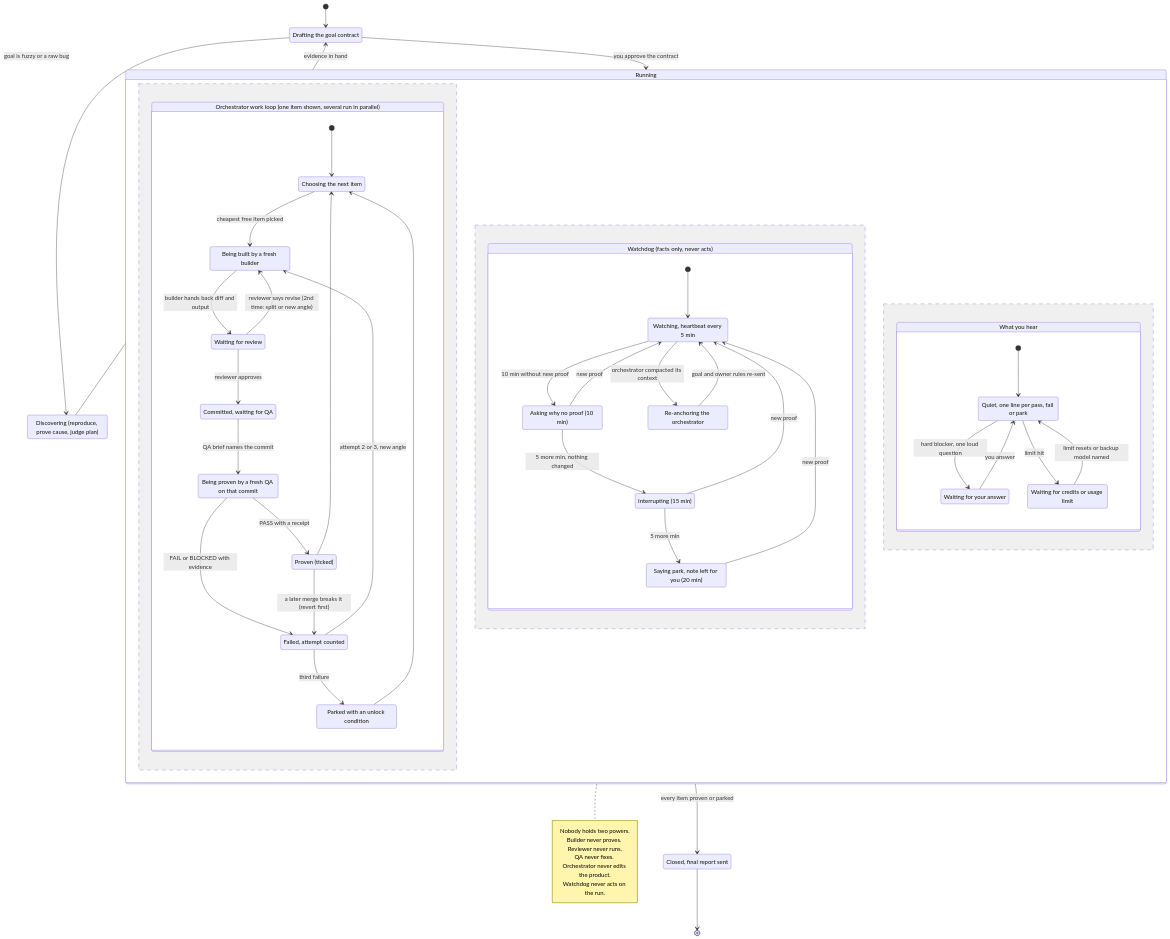
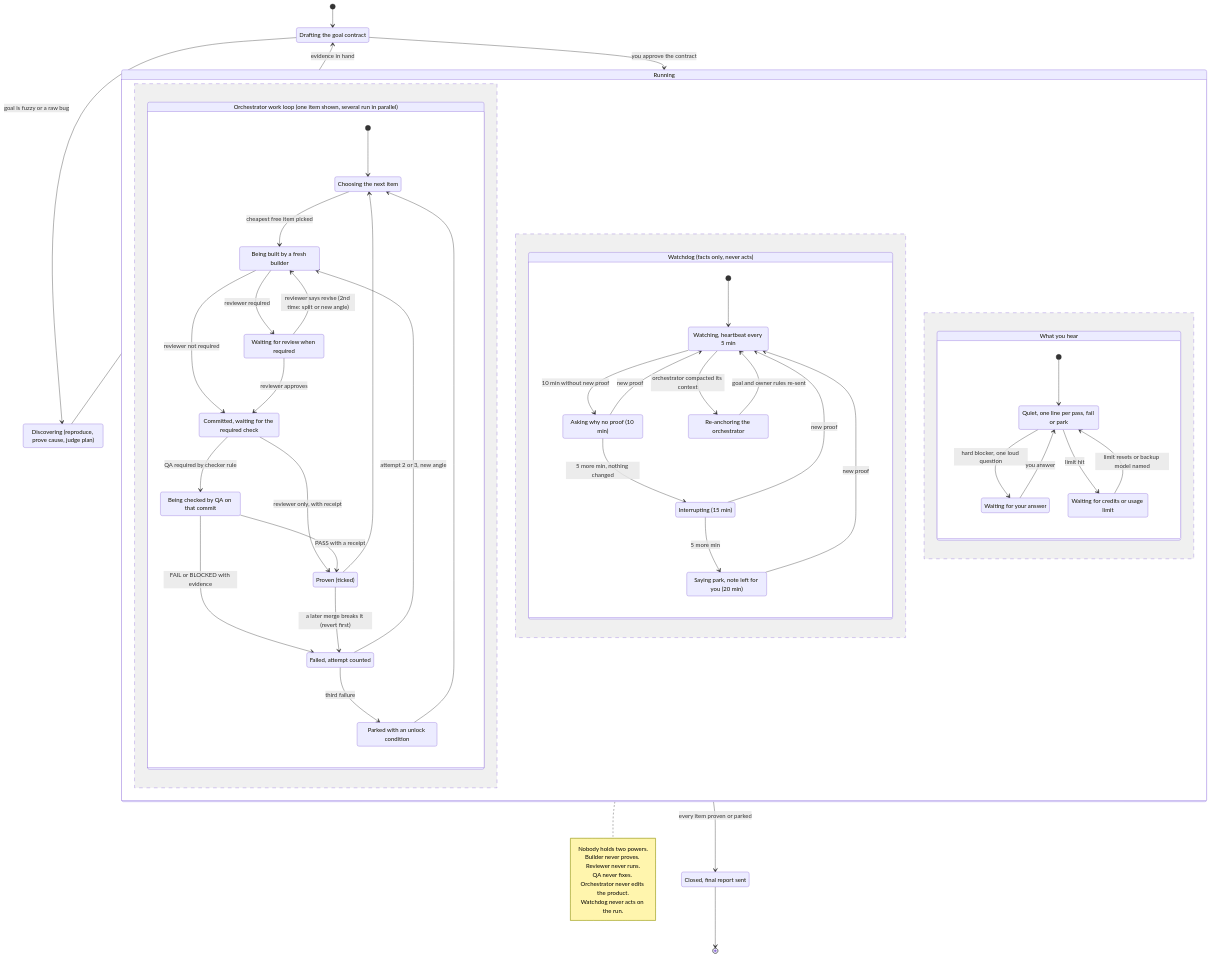
Before and after one commit to iamhenry/ai-project-starter-kit: the diagram in .opencode/plugins/hivecall/VISION.md, drawn with Mermaid. The commit also changed other lines of this file and 3 other files, not shown here.

````diff
--- a/.opencode/plugins/hivecall/VISION.md
+++ b/.opencode/plugins/hivecall/VISION.md
@@ -7,78 +7,80 @@
 ```mermaid
 stateDiagram-v2
     [*] --> Kickoff
     state "Drafting the goal contract" as Kickoff
     state "Discovering (reproduce, prove cause, judge plan)" as Discovery
     state "Running" as Running
     state "Closed, final report sent" as Closed
 
     Kickoff --> Discovery : goal is fuzzy or a raw bug
     Discovery --> Kickoff : evidence in hand
     Kickoff --> Running : you approve the contract
     Running --> Closed : every item proven or parked
     Closed --> [*]
 
     state Running {
         state "Orchestrator work loop (one item shown, several run in parallel)" as Work {
             [*] --> Choosing
             state "Choosing the next item" as Choosing
             state "Being built by a fresh builder" as Building
-            state "Waiting for review" as InReview
-            state "Committed, waiting for QA" as Committed
-            state "Being proven by a fresh QA on that commit" as InQA
+            state "Waiting for review when required" as InReview
+            state "Committed, waiting for the required check" as Committed
+            state "Being checked by QA on that commit" as InQA
             state "Proven (ticked)" as Ticked
             state "Failed, attempt counted" as Failed
             state "Parked with an unlock condition" as Parked
 
             Choosing --> Building : cheapest free item picked
-            Building --> InReview : builder hands back diff and output
+            Building --> InReview : reviewer required
+            Building --> Committed : reviewer not required
             InReview --> Building : reviewer says revise (2nd time: split or new angle)
             InReview --> Committed : reviewer approves
-            Committed --> InQA : QA brief names the commit
+            Committed --> Ticked : reviewer only, with receipt
+            Committed --> InQA : QA required by checker rule
             InQA --> Ticked : PASS with a receipt
             InQA --> Failed : FAIL or BLOCKED with evidence
             Failed --> Building : attempt 2 or 3, new angle
             Failed --> Parked : third failure
             Ticked --> Choosing
             Parked --> Choosing
             Ticked --> Failed : a later merge breaks it (revert first)
         }
         --
         state "Watchdog (facts only, never acts)" as Watchdog {
             [*] --> Watching
             state "Watching, heartbeat every 5 min" as Watching
             state "Asking why no proof (10 min)" as Stall1
             state "Interrupting (15 min)" as Stall2
             state "Saying park, note left for you (20 min)" as Stall3
             state "Re-anchoring the orchestrator" as Reanchor
 
             Watching --> Stall1 : 10 min without new proof
             Stall1 --> Stall2 : 5 more min, nothing changed
             Stall2 --> Stall3 : 5 more min
             Stall1 --> Watching : new proof
             Stall2 --> Watching : new proof
             Stall3 --> Watching : new proof
             Watching --> Reanchor : orchestrator compacted its context
             Reanchor --> Watching : goal and owner rules re-sent
         }
         --
         state "What you hear" as Owner {
             [*] --> Quiet
             state "Quiet, one line per pass, fail or park" as Quiet
             state "Waiting for your answer" as WaitingOwner
             state "Waiting for credits or usage limit" as WaitingUsage
 
             Quiet --> WaitingOwner : hard blocker, one loud question
             WaitingOwner --> Quiet : you answer
             Quiet --> WaitingUsage : limit hit
             WaitingUsage --> Quiet : limit resets or backup model named
         }
     }
 
     note right of Running
         Nobody holds two powers.
         Builder never proves. Reviewer never runs.
         QA never fixes. Orchestrator never edits the product.
         Watchdog never acts on the run.
     end note
 ```
````
